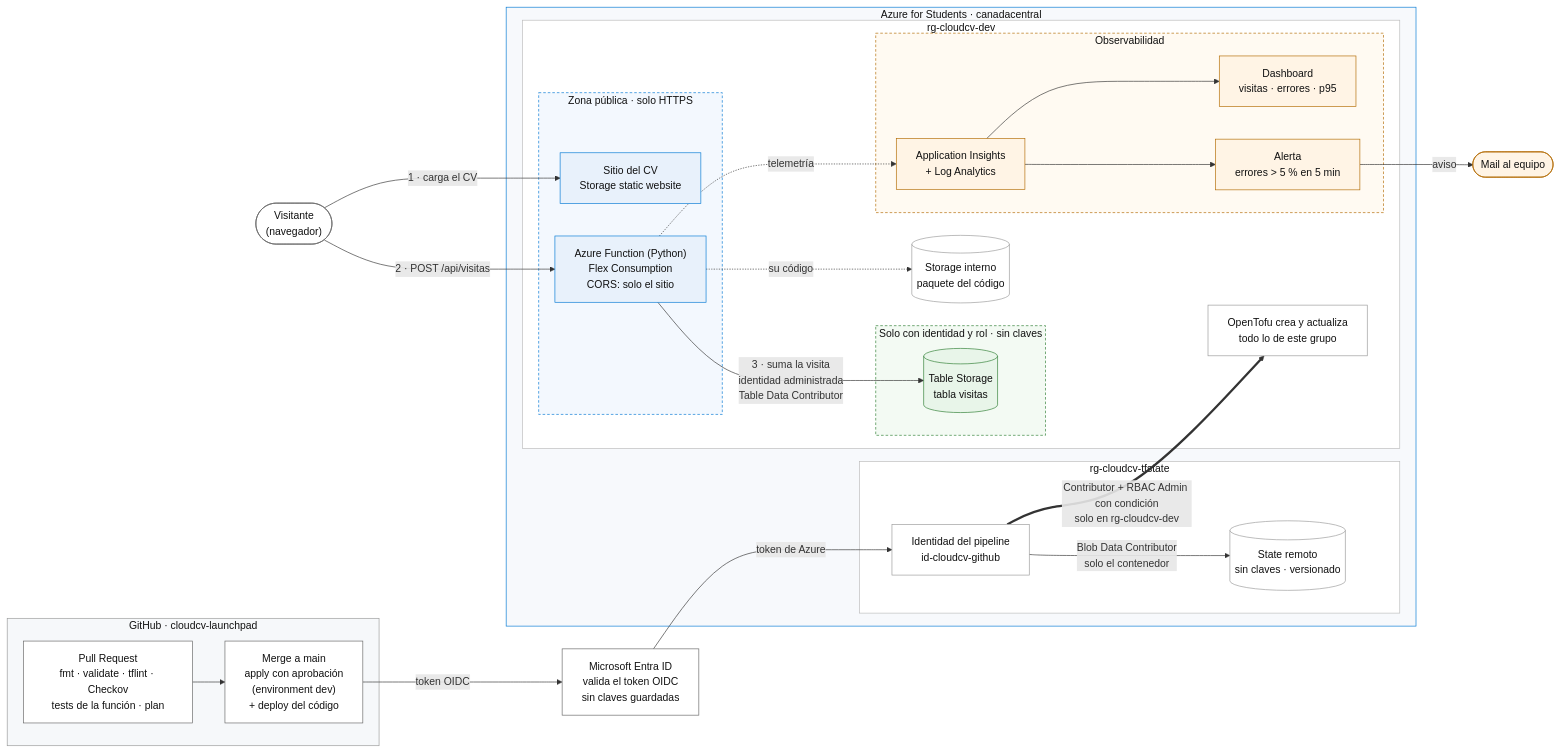
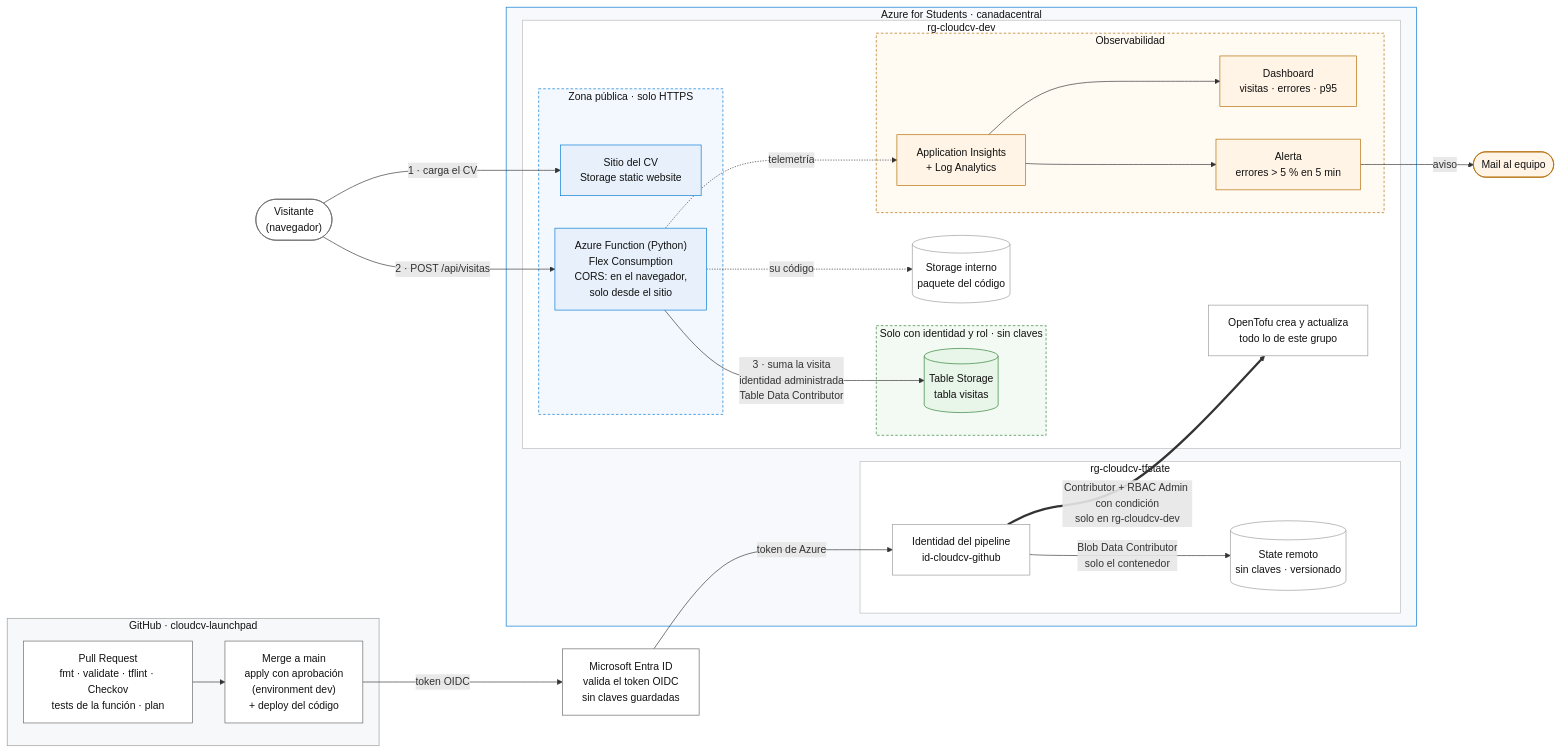
One commit to macarenapineiro/cloudcv-launchpad changed the diagram in docs/arquitectura.mmd. Above: the diagram before and after it, drawn with Mermaid. The commit also changed 16 other files, not shown here.

```diff
--- a/docs/arquitectura.mmd
+++ b/docs/arquitectura.mmd
@@ -1,73 +1,73 @@
 flowchart LR
     visitante(["Visitante<br/>(navegador)"])
 
     subgraph github["GitHub · cloudcv-launchpad"]
         pr["Pull Request<br/>fmt · validate · tflint · Checkov<br/>tests de la función · plan"]
         deploy["Merge a main<br/>apply con aprobación<br/>(environment dev)<br/>+ deploy del código"]
     end
 
     entra["Microsoft Entra ID<br/>valida el token OIDC<br/>sin claves guardadas"]
 
     subgraph azure["Azure for Students · canadacentral"]
         subgraph rgstate["rg-cloudcv-tfstate"]
             idgh["Identidad del pipeline<br/>id-cloudcv-github"]
             tfstate[("State remoto<br/>sin claves · versionado")]
         end
 
         subgraph rgdev["rg-cloudcv-dev"]
             tofu["OpenTofu crea y actualiza<br/>todo lo de este grupo"]
 
             subgraph publico["Zona pública · solo HTTPS"]
                 sitio["Sitio del CV<br/>Storage static website"]
-                func["Azure Function (Python)<br/>Flex Consumption<br/>CORS: solo el sitio"]
+                func["Azure Function (Python)<br/>Flex Consumption<br/>CORS: en el navegador,<br/>solo desde el sitio"]
             end
 
             subgraph privado["Solo con identidad y rol · sin claves"]
                 tabla[("Table Storage<br/>tabla visitas")]
             end
 
             fnstore[("Storage interno<br/>paquete del código")]
 
             subgraph obs["Observabilidad"]
                 appi["Application Insights<br/>+ Log Analytics"]
                 dash["Dashboard<br/>visitas · errores · p95"]
                 alerta["Alerta<br/>errores > 5 % en 5 min"]
             end
         end
     end
 
     mail(["Mail al equipo"])
 
     visitante -- "1 · carga el CV" --> sitio
     visitante -- "2 · POST /api/visitas" --> func
     func -- "3 · suma la visita<br/>identidad administrada<br/>Table Data Contributor" --> tabla
     func -. "su código" .-> fnstore
     func -. "telemetría" .-> appi
     appi --> dash
     appi --> alerta
     alerta -- "aviso" --> mail
 
     pr --> deploy
     deploy -- "token OIDC" --> entra
     entra -- "token de Azure" --> idgh
     idgh -- "Blob Data Contributor<br/>solo el contenedor" --> tfstate
     idgh == "Contributor + RBAC Admin con condición<br/>solo en rg-cloudcv-dev" ==> tofu
 
     classDef pub fill:#e8f1fb,stroke:#0078d4,color:#111
     classDef priv fill:#e8f5e9,stroke:#2e7d32,color:#111
     classDef obsc fill:#fff4e5,stroke:#b26a00,color:#111
     classDef ext fill:#ffffff,stroke:#666,color:#111
     classDef plain fill:#ffffff,stroke:#999,color:#111
     class sitio,func pub
     class tabla priv
     class appi,dash,alerta,mail obsc
     class visitante,entra,pr,deploy ext
     class idgh,tfstate,fnstore,tofu plain
 
     style github fill:#f6f8fa,stroke:#999,color:#111
     style azure fill:#f7f9fc,stroke:#0078d4,color:#111
     style rgstate fill:#ffffff,stroke:#bbb,color:#111
     style rgdev fill:#ffffff,stroke:#bbb,color:#111
     style publico fill:#f3f8fe,stroke:#0078d4,stroke-dasharray:4 3,color:#111
     style privado fill:#f3faf3,stroke:#2e7d32,stroke-dasharray:4 3,color:#111
     style obs fill:#fffaf2,stroke:#b26a00,stroke-dasharray:4 3,color:#111
```
